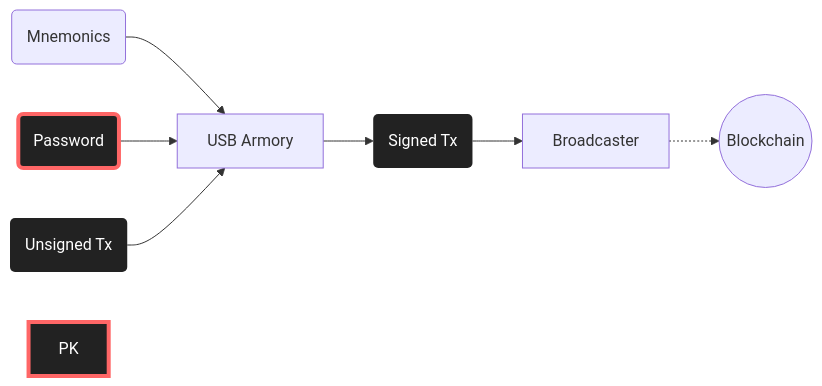
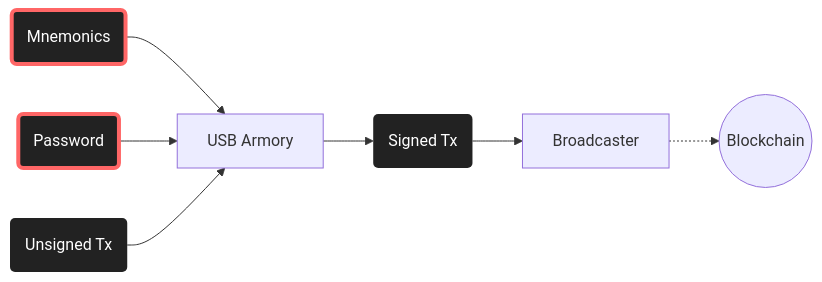
Before and after one commit to joshmh/blind-signer: the second of 2 diagrams in Tutorial.md, drawn with Mermaid.

````diff
--- a/Tutorial.md
+++ b/Tutorial.md
@@ -35,20 +35,20 @@
 ```mermaid
 flowchart LR
     MN(Mnemonics)
     PS(Password)
     ARM[USB Armory]
     UT(Unsigned Tx)
     MN --> ARM
     PS --> ARM
     ST(Signed Tx)
     UT --> ARM
     ARM --> ST
     HW[Broadcaster]
     B((Blockchain))
     ST --> HW
     HW -.-> B
-    style PK fill:#222,color:#fff,stroke:#f66,stroke-width:4px
+    style MN fill:#222,color:#fff,stroke:#f66,stroke-width:4px
     style PS fill:#222,color:#fff,stroke:#f66,stroke-width:4px
     style UT fill:#222,color:#fff,stroke-width:0px
     style ST fill:#222,color:#fff,stroke-width:0px
 ```
````
